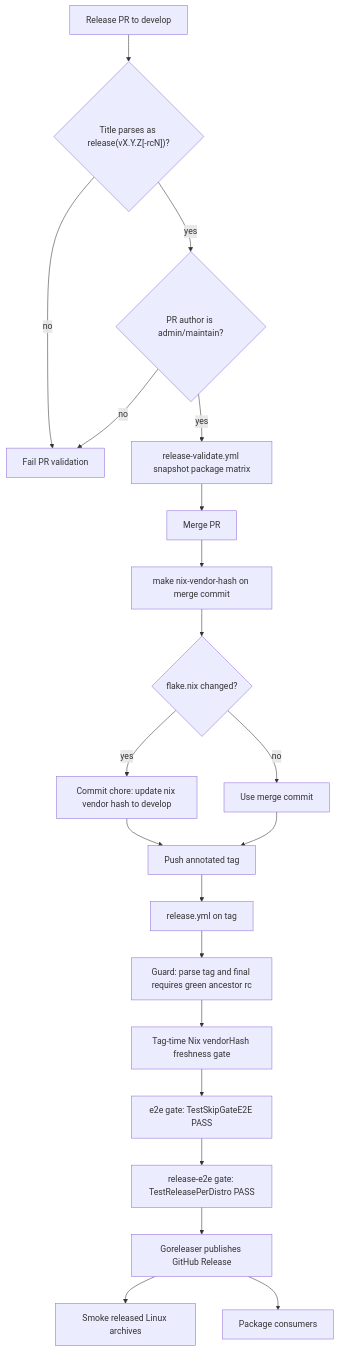
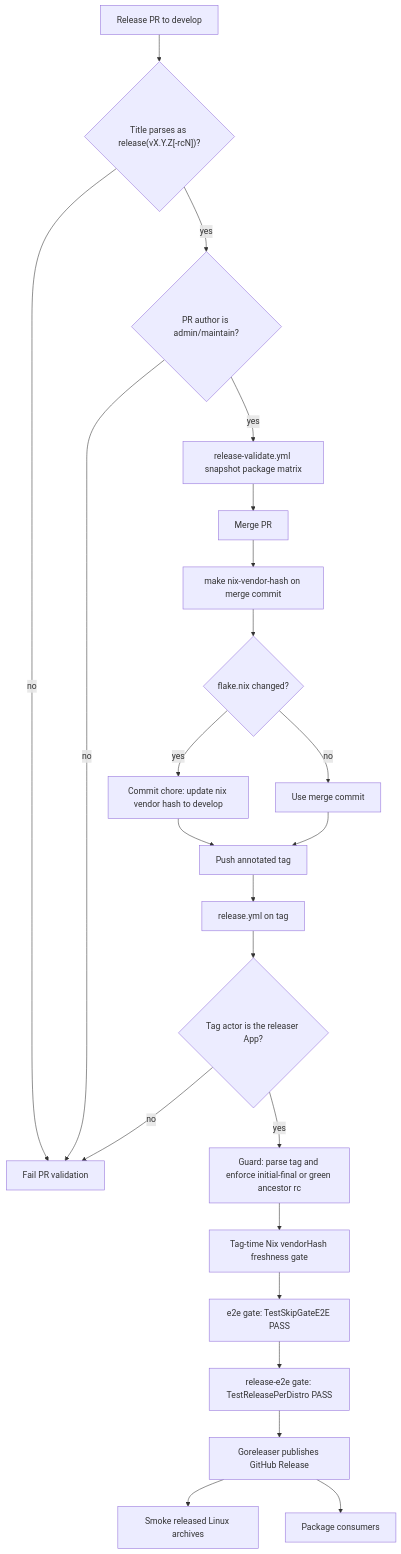
One commit to peasant-labs/peasant changed the first of 4 diagrams in docs/release-architecture.md. Above: the diagram before and after it, drawn with Mermaid. The commit also changed other lines of this file and 12 other files, not shown here.

````diff
--- a/docs/release-architecture.md
+++ b/docs/release-architecture.md
@@ -33,23 +33,25 @@
 ```mermaid
 flowchart TD
   A[Release PR to develop] --> B{"Title parses as release(vX.Y.Z[-rcN])?"}
   B -- no --> X[Fail PR validation]
   B -- yes --> C{PR author is admin/maintain?}
   C -- no --> X
   C -- yes --> D[release-validate.yml snapshot package matrix]
   D --> F[Merge PR]
   F --> H[make nix-vendor-hash on merge commit]
   H --> I{flake.nix changed?}
   I -- yes --> J[Commit chore: update nix vendor hash to develop]
   I -- no --> K[Use merge commit]
   J --> L[Push annotated tag]
   K --> L
   L --> M[release.yml on tag]
-  M --> N[Guard: parse tag and final requires green ancestor rc]
+  M --> V{Tag actor is the releaser App?}
+  V -- no --> X
+  V -- yes --> N[Guard: parse tag and enforce initial-final or green ancestor rc]
   N --> O[Tag-time Nix vendorHash freshness gate]
   O --> E2[e2e gate: TestSkipGateE2E PASS]
   E2 --> RE[release-e2e gate: TestReleasePerDistro PASS]
   RE --> P[Goreleaser publishes GitHub Release]
   P --> Q[Smoke released Linux archives]
   P --> R[Package consumers]
 ```
````
